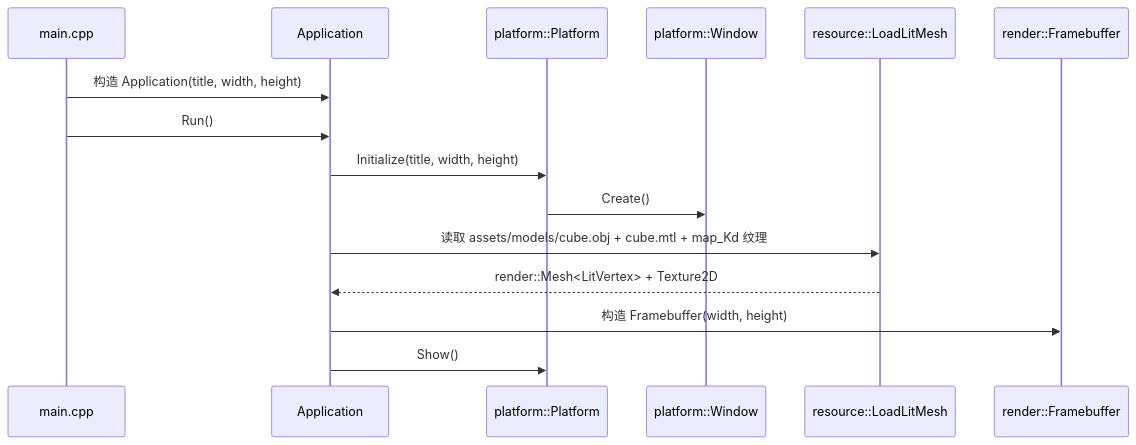
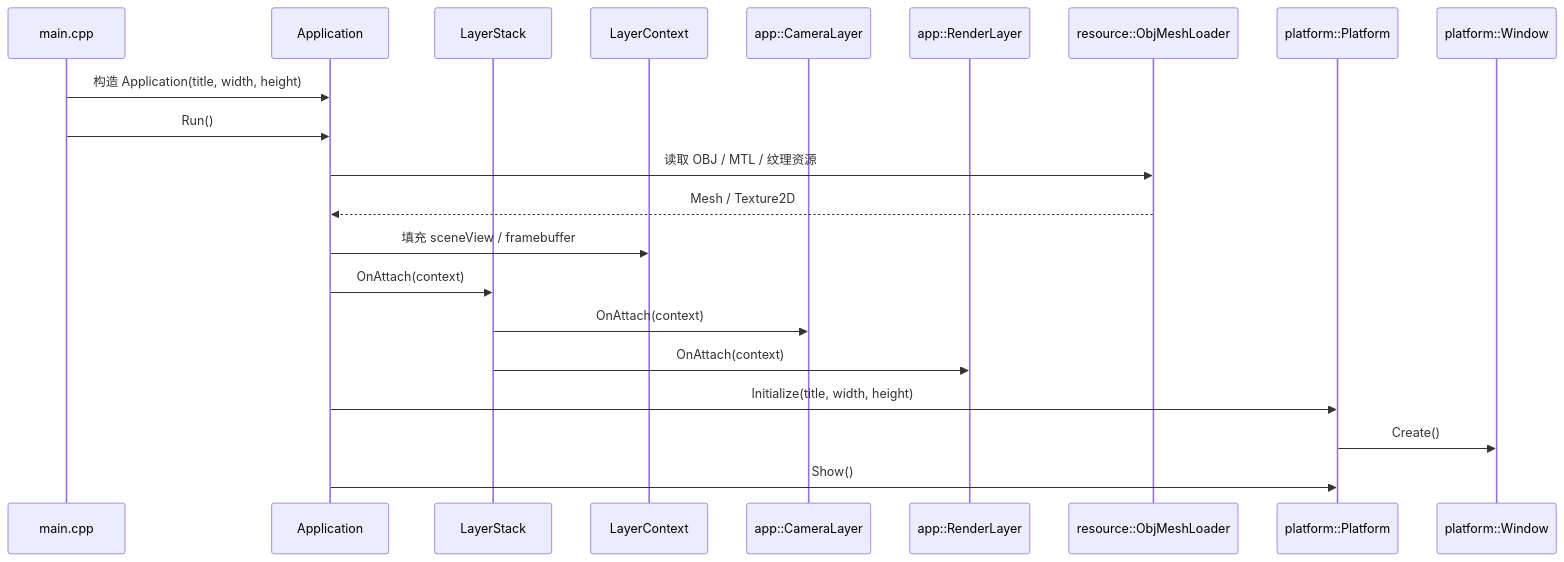
Before and after one commit to wanyan1114/softRenderer: the second of 2 diagrams in docs/architecture/project-architecture.md, drawn with Mermaid. The commit also changed other lines of this file and 54 other files, not shown here.

````diff
--- a/docs/architecture/project-architecture.md
+++ b/docs/architecture/project-architecture.md
@@ -80,18 +80,24 @@
 ```mermaid
 sequenceDiagram
     participant Main as main.cpp
     participant App as Application
+    participant Layers as LayerStack
+    participant Ctx as LayerContext
+    participant CameraLayer as app::CameraLayer
+    participant RenderLayer as app::RenderLayer
+    participant Loader as resource::ObjMeshLoader
     participant Platform as platform::Platform
     participant Window as platform::Window
-    participant Loader as resource::LoadLitMesh
-    participant FB as render::Framebuffer
 
     Main->>App: 构造 Application(title, width, height)
     Main->>App: Run()
+    App->>Loader: 读取 OBJ / MTL / 纹理资源
+    Loader-->>App: Mesh / Texture2D
+    App->>Ctx: 填充 sceneView / framebuffer
+    App->>Layers: OnAttach(context)
+    Layers->>CameraLayer: OnAttach(context)
+    Layers->>RenderLayer: OnAttach(context)
     App->>Platform: Initialize(title, width, height)
     Platform->>Window: Create()
-    App->>Loader: 读取 assets/models/cube.obj + cube.mtl + map_Kd 纹理
-    Loader-->>App: render::Mesh<LitVertex> + Texture2D
-    App->>FB: 构造 Framebuffer(width, height)
     App->>Platform: Show()
 ```
````
